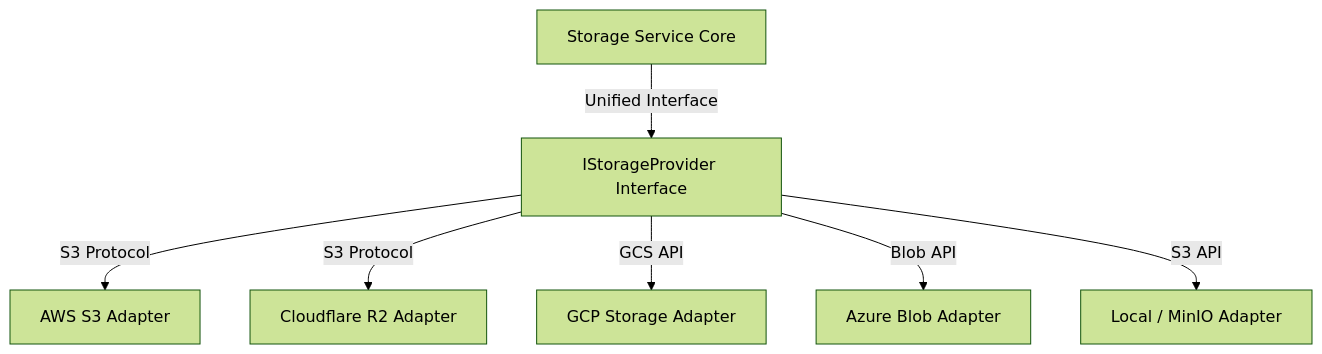
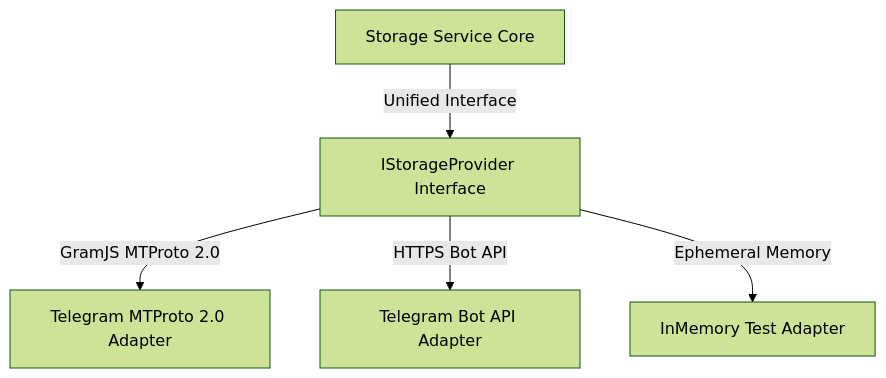
Before and after one commit to vanrajsinh650/BucketSpace: the first of 2 diagrams in context/13_STORAGE_ARCHITECTURE.md, drawn with Mermaid (forest theme). The commit also changed other lines of this file and 38 other files, not shown here.

Commit message:
remove ai components and cloud connectors to focus exclusively on telegram storage

````diff
--- a/context/13_STORAGE_ARCHITECTURE.md
+++ b/context/13_STORAGE_ARCHITECTURE.md
@@ -10,9 +10,7 @@
 ```mermaid
 graph TD
     Client[Storage Service Core] -->|Unified Interface| Adapter[IStorageProvider Interface]
-    Adapter -->|S3 Protocol| AWS[AWS S3 Adapter]
-    Adapter -->|S3 Protocol| R2[Cloudflare R2 Adapter]
-    Adapter -->|GCS API| GCP[GCP Storage Adapter]
-    Adapter -->|Blob API| Azure[Azure Blob Adapter]
-    Adapter -->|S3 API| MinIO[Local / MinIO Adapter]
+    Adapter -->|GramJS MTProto 2.0| TG_MTProto[Telegram MTProto 2.0 Adapter]
+    Adapter -->|HTTPS Bot API| TG_Bot[Telegram Bot API Adapter]
+    Adapter -->|Ephemeral Memory| Mem[InMemory Test Adapter]
 ```
````
